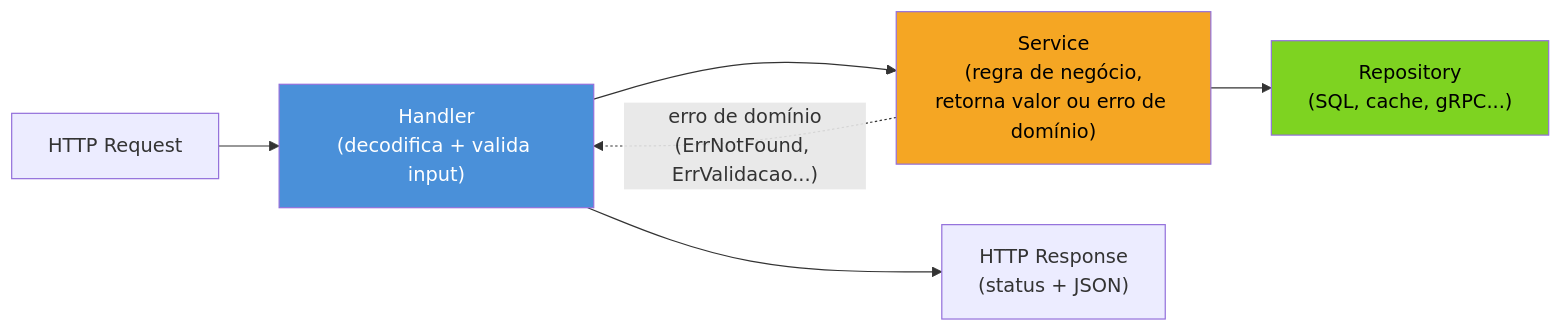
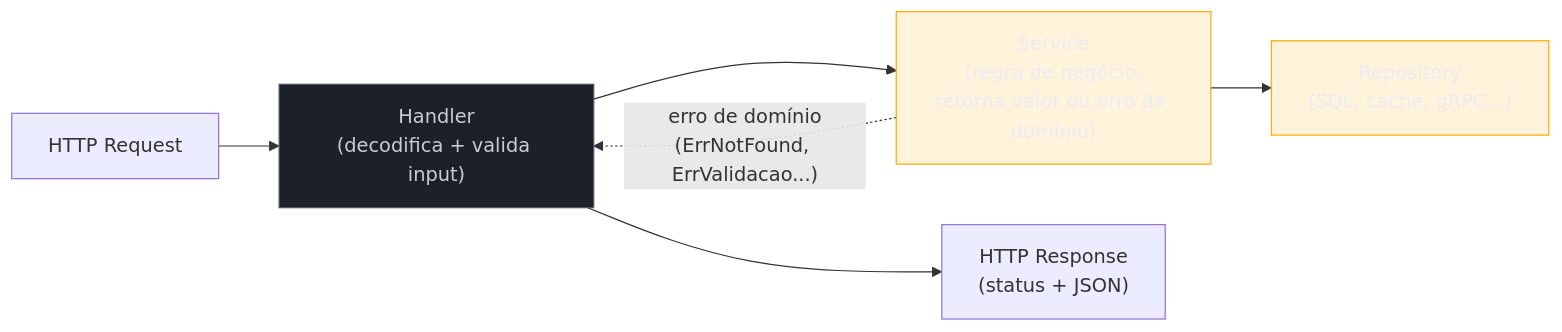
One commit to josenaldo/codex-technomanticus changed the first of 2 diagrams in 03-Dominios/Tecnologia/Go/10 - HTTP e frameworks web/06 - REST idiomático em Go.md. Above: the diagram before and after it, drawn with Mermaid. The commit also changed 1181 other files, not shown here.

First line of the commit message:
fix(diagramas): paleta do sistema no lugar de cor cravada no markdown

````diff
--- a/03-Dominios/Tecnologia/Go/10 - HTTP e frameworks web/06 - REST idiomático em Go.md
+++ b/03-Dominios/Tecnologia/Go/10 - HTTP e frameworks web/06 - REST idiomático em Go.md
@@ -54,12 +54,14 @@
 ```mermaid
 flowchart LR
+    classDef neutro fill:#1B2029,stroke:#4E5666,color:#C6CCD8
+    classDef destaque fill:#FFAA0024,stroke:#FFAA00,color:#E9ECF2
     Req["HTTP Request"] --> H["Handler\n(decodifica + valida input)"]
     H --> S["Service\n(regra de negócio,\nretorna valor ou erro de domínio)"]
     S --> R["Repository\n(SQL, cache, gRPC...)"]
     S -.->|"erro de domínio\n(ErrNotFound, ErrValidacao...)"| H
     H --> Resp["HTTP Response\n(status + JSON)"]
 
-    style H fill:#4A90D9,color:#fff
-    style S fill:#F5A623,color:#000
-    style R fill:#7ED321,color:#000
+    class H neutro
+    class S destaque
+    class R destaque
 ```
````
